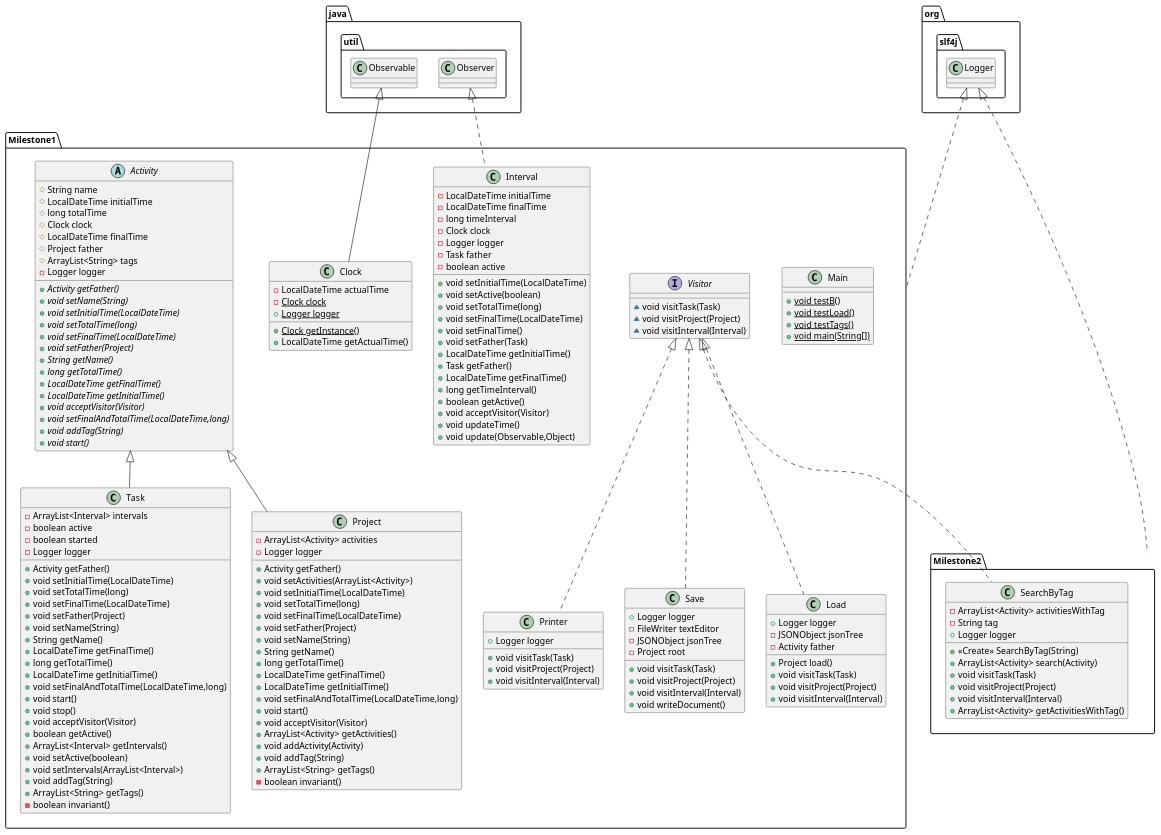
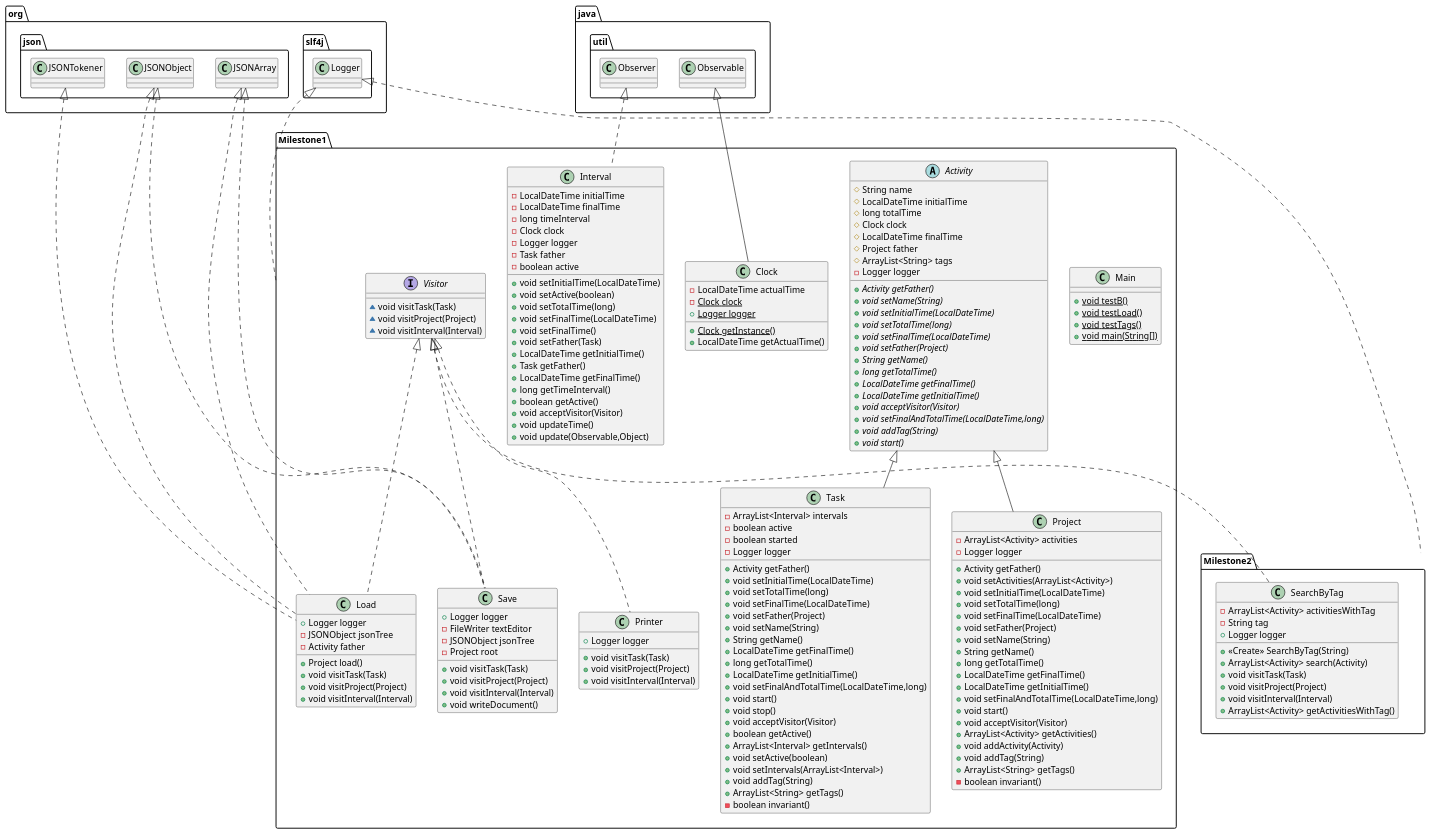
The diagram in TimeTacker/src/Milestone2/Milestone2_Diagram.puml (JPeaceK/TimeTracker), drawn with PlantUML before and after one commit.

Commit message:
Milestone2 added org.json

```diff
--- a/TimeTacker/src/Milestone2/Milestone2_Diagram.puml
+++ b/TimeTacker/src/Milestone2/Milestone2_Diagram.puml
@@ -1,167 +1,171 @@
 @startuml
 class Milestone1.Main {
 + {static} void testB()
 + {static} void testLoad()
 + {static} void testTags()
 + {static} void main(String[])
 }
 interface Milestone1.Visitor {
 ~ void visitTask(Task)
 ~ void visitProject(Project)
 ~ void visitInterval(Interval)
 }
 class Milestone1.Task {
 - ArrayList<Interval> intervals
 - boolean active
 - boolean started
 - Logger logger
 + Activity getFather()
 + void setInitialTime(LocalDateTime)
 + void setTotalTime(long)
 + void setFinalTime(LocalDateTime)
 + void setFather(Project)
 + void setName(String)
 + String getName()
 + LocalDateTime getFinalTime()
 + long getTotalTime()
 + LocalDateTime getInitialTime()
 + void setFinalAndTotalTime(LocalDateTime,long)
 + void start()
 + void stop()
 + void acceptVisitor(Visitor)
 + boolean getActive()
 + ArrayList<Interval> getIntervals()
 + void setActive(boolean)
 + void setIntervals(ArrayList<Interval>)
 + void addTag(String)
 + ArrayList<String> getTags()
 - boolean invariant()
 }
 class Milestone1.Interval {
 - LocalDateTime initialTime
 - LocalDateTime finalTime
 - long timeInterval
 - Clock clock
 - Logger logger
 - Task father
 - boolean active
 + void setInitialTime(LocalDateTime)
 + void setActive(boolean)
 + void setTotalTime(long)
 + void setFinalTime(LocalDateTime)
 + void setFinalTime()
 + void setFather(Task)
 + LocalDateTime getInitialTime()
 + Task getFather()
 + LocalDateTime getFinalTime()
 + long getTimeInterval()
 + boolean getActive()
 + void acceptVisitor(Visitor)
 + void updateTime()
 + void update(Observable,Object)
 }
 class Milestone1.Printer {
 + Logger logger
 + void visitTask(Task)
 + void visitProject(Project)
 + void visitInterval(Interval)
 }
 class Milestone1.Project {
 - ArrayList<Activity> activities
 - Logger logger
 + Activity getFather()
 + void setActivities(ArrayList<Activity>)
 + void setInitialTime(LocalDateTime)
 + void setTotalTime(long)
 + void setFinalTime(LocalDateTime)
 + void setFather(Project)
 + void setName(String)
 + String getName()
 + long getTotalTime()
 + LocalDateTime getFinalTime()
 + LocalDateTime getInitialTime()
 + void setFinalAndTotalTime(LocalDateTime,long)
 + void start()
 + void acceptVisitor(Visitor)
 + ArrayList<Activity> getActivities()
 + void addActivity(Activity)
 + void addTag(String)
 + ArrayList<String> getTags()
 - boolean invariant()
 }
 class Milestone1.Clock {
 - LocalDateTime actualTime
 - {static} Clock clock
 + {static} Logger logger
 + {static} Clock getInstance()
 + LocalDateTime getActualTime()
 }
 abstract class Milestone1.Activity {
 # String name
 # LocalDateTime initialTime
 # long totalTime
 # Clock clock
 # LocalDateTime finalTime
 # Project father
 # ArrayList<String> tags
 - Logger logger
 + {abstract}Activity getFather()
 + {abstract}void setName(String)
 + {abstract}void setInitialTime(LocalDateTime)
 + {abstract}void setTotalTime(long)
 + {abstract}void setFinalTime(LocalDateTime)
 + {abstract}void setFather(Project)
 + {abstract}String getName()
 + {abstract}long getTotalTime()
 + {abstract}LocalDateTime getFinalTime()
 + {abstract}LocalDateTime getInitialTime()
 + {abstract}void acceptVisitor(Visitor)
 + {abstract}void setFinalAndTotalTime(LocalDateTime,long)
 + {abstract}void addTag(String)
 + {abstract}void start()
 }
 class Milestone1.Save {
 + Logger logger
 - FileWriter textEditor
 - JSONObject jsonTree
 - Project root
 + void visitTask(Task)
 + void visitProject(Project)
 + void visitInterval(Interval)
 + void writeDocument()
 }
 class Milestone1.Load {
 + Logger logger
 - JSONObject jsonTree
 - Activity father
 + Project load()
 + void visitTask(Task)
 + void visitProject(Project)
 + void visitInterval(Interval)
 }
 
 class Milestone2.SearchByTag {
 - ArrayList<Activity> activitiesWithTag
 - String tag
 + Logger logger
 + <<Create>> SearchByTag(String)
 + ArrayList<Activity> search(Activity)
 + void visitTask(Task)
 + void visitProject(Project)
 + void visitInterval(Interval)
 + ArrayList<Activity> getActivitiesWithTag()
 }
 
 
-
+org.json.JSONArray <|.. Milestone1.Load
+org.json.JSONObject <|.. Milestone1.Load
+org.json.JSONTokener <|.. Milestone1.Load
+org.json.JSONArray <|.. Milestone1.Save
+org.json.JSONObject <|.. Milestone1.Save
 org.slf4j.Logger <|.. Milestone1
 org.slf4j.Logger <|.. Milestone2
 Milestone1.Visitor <|.. Milestone2.SearchByTag
 Milestone1.Activity <|-- Milestone1.Task
 java.util.Observer <|.. Milestone1.Interval
 Milestone1.Visitor <|.. Milestone1.Printer
 Milestone1.Activity <|-- Milestone1.Project
 java.util.Observable <|-- Milestone1.Clock
 Milestone1.Visitor <|.. Milestone1.Save
 Milestone1.Visitor <|.. Milestone1.Load
 @enduml
```
